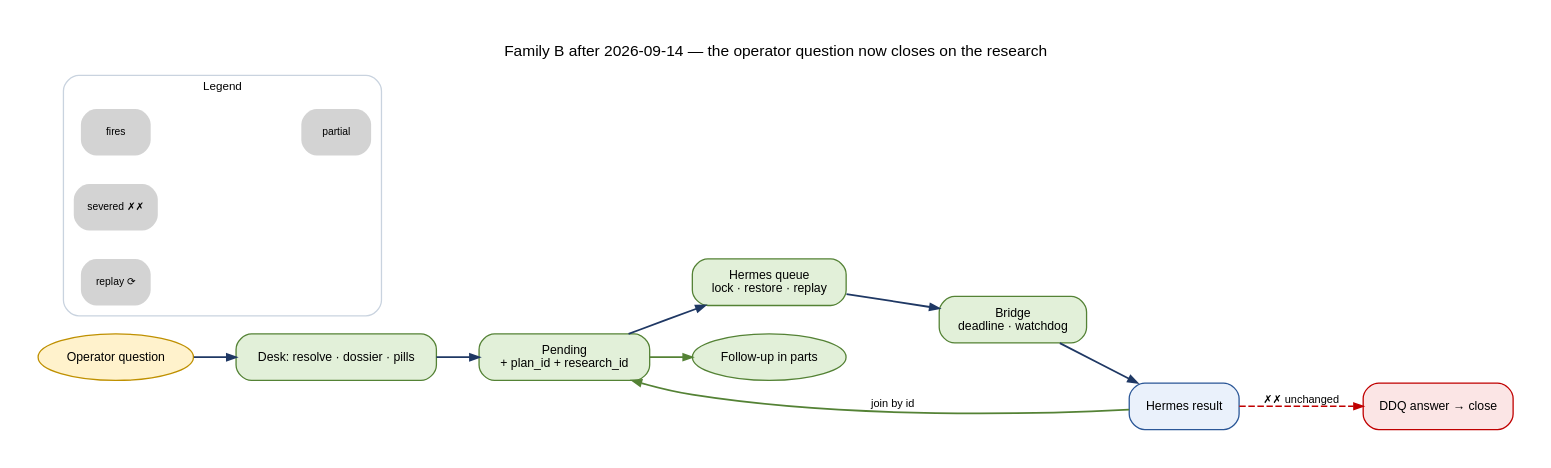
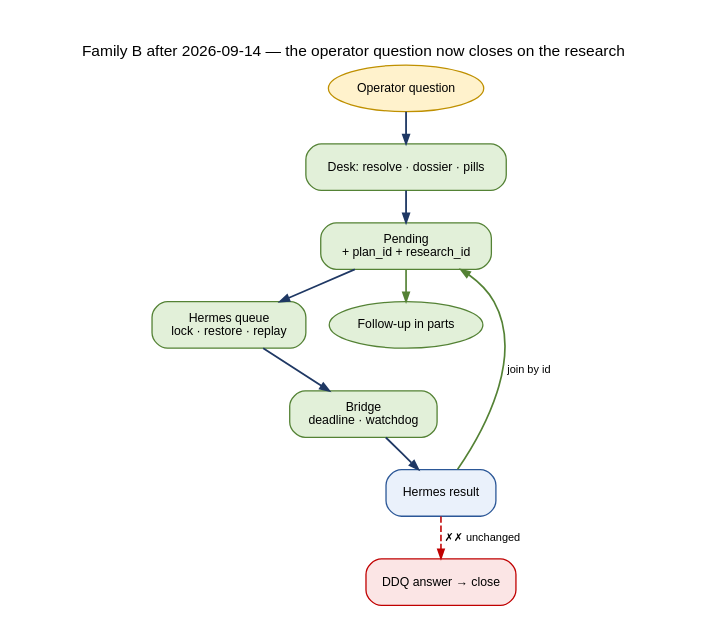
The diagram in docs/architecture/lifecycles/LIFECYCLE_FACTBASE_B_QUESTIONS_2026-09-14.md (PatsKiller/tardeai), drawn with Graphviz before and after one commit. The commit also changed 11 other files, not shown here.

First line of the commit message:
docs(architecture): lifecycle flow diagrams top-down with a legend figure; wide diagrams re-laid out

````diff
--- a/docs/architecture/lifecycles/LIFECYCLE_FACTBASE_B_QUESTIONS_2026-09-14.md
+++ b/docs/architecture/lifecycles/LIFECYCLE_FACTBASE_B_QUESTIONS_2026-09-14.md
@@ -23,28 +23,23 @@
 ```dot
 digraph fb_b {
-  graph [rankdir=LR, fontname="Helvetica", fontsize=12, label="Family B after 2026-09-14 — the operator question now closes on the research", labelloc=t, nodesep=0.3, ranksep=0.45, pad=0.3];
+  graph [rankdir=TB, fontname="Helvetica", fontsize=12, label="Family B after 2026-09-14 — the operator question now closes on the research", labelloc=t, nodesep=0.25, ranksep=0.32, pad=0.3];
   node [style="rounded,filled", fontname="Helvetica", fontsize=9.5];
   edge [fontname="Helvetica", fontsize=8.5, arrowsize=0.7];
   q [label="Operator question", shape=oval, fillcolor="#FFF2CC", color="#BF9000"];
   desk [label="Desk: resolve · dossier · pills", shape=box, fillcolor="#E2F0D9", color="#548235"];
   pend [label="Pending\n+ plan_id + research_id", shape=box, fillcolor="#E2F0D9", color="#548235"];
   queue [label="Hermes queue\nlock · restore · replay", shape=box, fillcolor="#E2F0D9", color="#548235"];
   bridge [label="Bridge\ndeadline · watchdog", shape=box, fillcolor="#E2F0D9", color="#548235"];
   result [label="Hermes result", shape=box, fillcolor="#EAF1FB", color="#2B5797"];
   follow [label="Follow-up in parts", shape=oval, fillcolor="#E2F0D9", color="#548235"];
   ddq [label="DDQ answer → close", shape=box, fillcolor="#FBE5E5", color="#C00000"];
   q -> desk [color="#1F3864", penwidth=1.4];
   desk -> pend [color="#1F3864", penwidth=1.4];
   pend -> queue [color="#1F3864", penwidth=1.4];
   queue -> bridge [color="#1F3864", penwidth=1.4];
   bridge -> result [color="#1F3864", penwidth=1.4];
   result -> pend [label="join by id", color="#548235", penwidth=1.3];
   pend -> follow [color="#548235", penwidth=1.3];
   result -> ddq [label="✗✗ unchanged", color="#C00000", style=dashed, penwidth=1.2];
-  subgraph cluster_legend { label="Legend"; fontsize=9; style=rounded; color="#C9D3DF";
-    lg1 [label="fires", shape=plaintext, fontsize=8]; lg2 [label="partial", shape=plaintext, fontsize=8];
-    lg3 [label="severed ✗✗", shape=plaintext, fontsize=8]; lg4 [label="replay ⟳", shape=plaintext, fontsize=8];
-    lg1 -> lg2 [color="#548235", penwidth=1.3, style=invis]; 
-  }
 }
 ```
````
